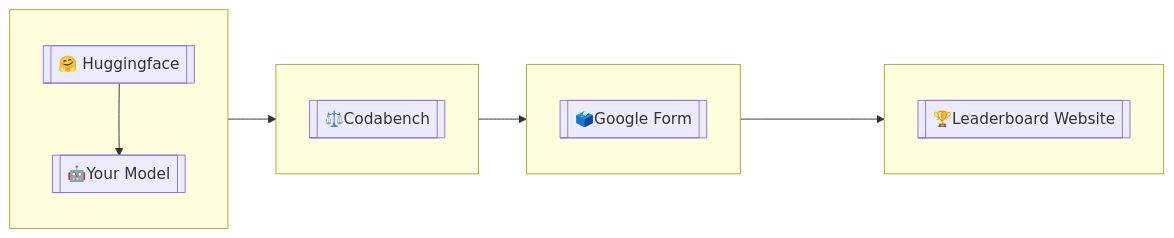
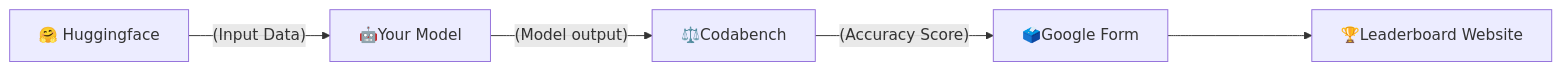
One commit to NovelQA/novelqa.github.io changed the diagram in README.md. Above: the diagram before and after it, drawn with Mermaid.

````diff
--- a/README.md
+++ b/README.md
@@ -63,24 +63,10 @@
 ```mermaid
 
 graph LR
-    subgraph SG1 [" "]
-    direction TB
-    A[[🤗 Huggingface]] --> B[[🤖Your Model]]
-    end
-    
-    subgraph SG2 [" "]
-    direction TB
-    B --> C[[⚖️Codabench]]
-    end
-    
-    subgraph SG3 [" "]
-    direction TB
-    C --> D[[🗳️Google Form]]
-    end
 
-    subgraph SG4 [" "]
-    direction TB
-    D ----> E[[🏆Leaderboard Website]]
-    end
+    A[🤗 Huggingface]  --(Input Data)--> B[🤖Your Model]
+    B --(Model output)--> C[⚖️Codabench]
+    C --(Accuracy Score)--> D[🗳️Google Form]
+    D ----> E[🏆Leaderboard Website]
 
 ```
````
